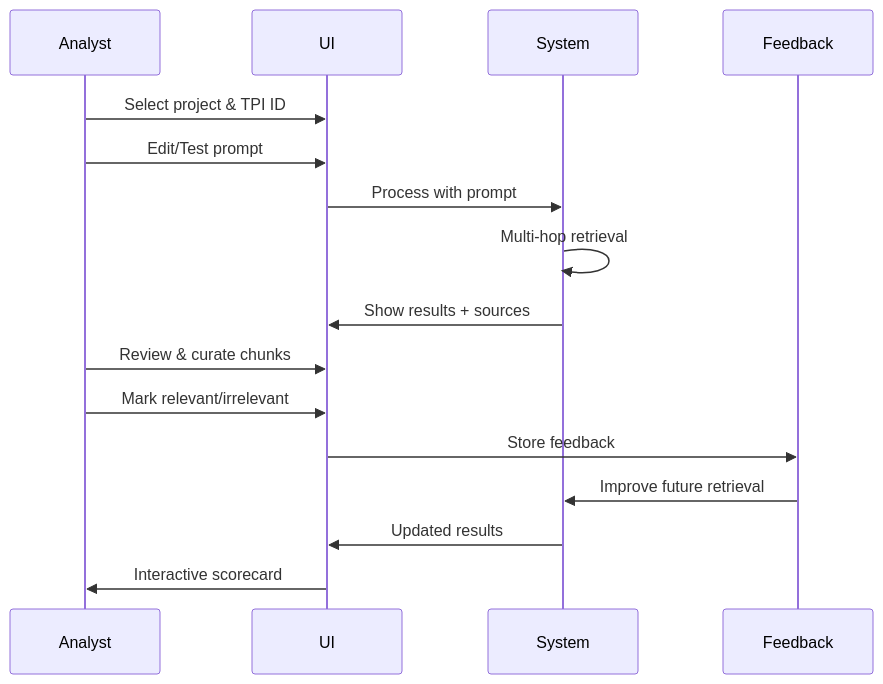
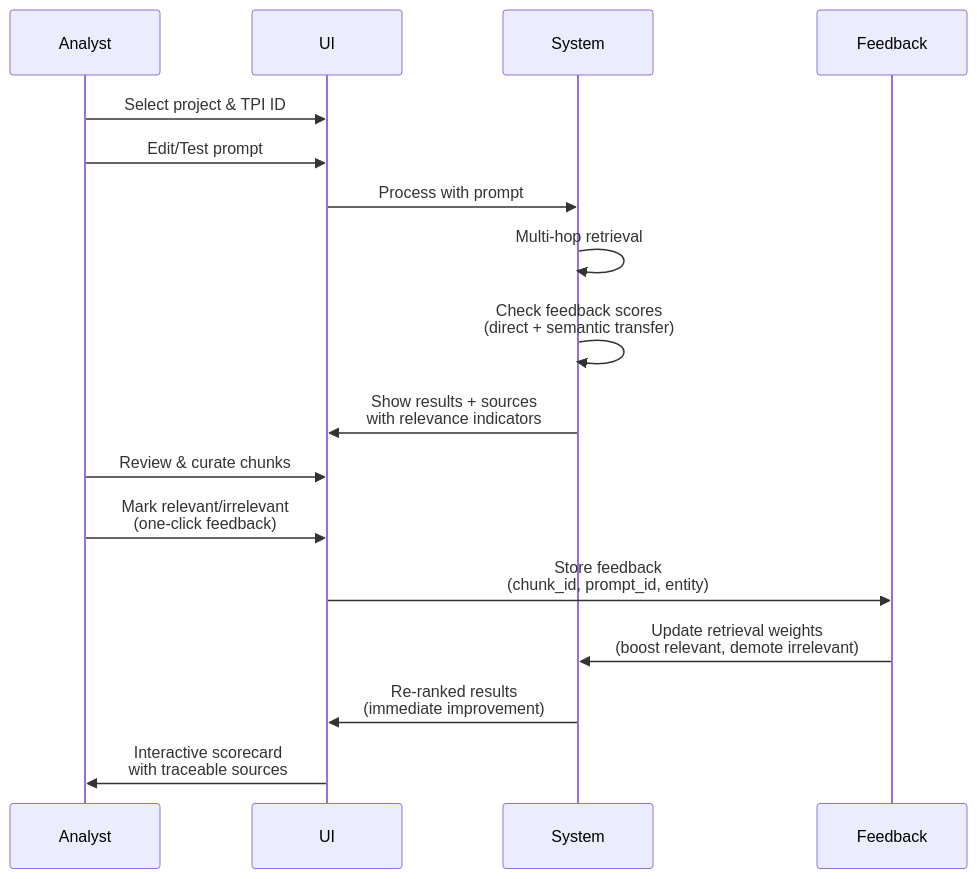
The fifth of 11 diagrams in rag_unfccc/docs/ARCHITECTURE_DIAGRAM.md (SylvanLutz/TPI-Rag-system-development), drawn with Mermaid before and after one commit. The commit also changed other lines of this file, not shown here.

First line of the commit message:
Update architecture diagrams: LobbyMap-style formatting and embedding strategy

````diff
--- a/rag_unfccc/docs/ARCHITECTURE_DIAGRAM.md
+++ b/rag_unfccc/docs/ARCHITECTURE_DIAGRAM.md
@@ -215,19 +232,20 @@
 ```mermaid
 sequenceDiagram
     participant Analyst
     participant UI
     participant System
     participant Feedback
     
     Analyst->>UI: Select project & TPI ID
     Analyst->>UI: Edit/Test prompt
     UI->>System: Process with prompt
     System->>System: Multi-hop retrieval
-    System->>UI: Show results + sources
+    System->>System: Check feedback scores<br/>(direct + semantic transfer)
+    System->>UI: Show results + sources<br/>with relevance indicators
     Analyst->>UI: Review & curate chunks
-    Analyst->>UI: Mark relevant/irrelevant
-    UI->>Feedback: Store feedback
-    Feedback->>System: Improve future retrieval
-    System->>UI: Updated results
-    UI->>Analyst: Interactive scorecard
+    Analyst->>UI: Mark relevant/irrelevant<br/>(one-click feedback)
+    UI->>Feedback: Store feedback<br/>(chunk_id, prompt_id, entity)
+    Feedback->>System: Update retrieval weights<br/>(boost relevant, demote irrelevant)
+    System->>UI: Re-ranked results<br/>(immediate improvement)
+    UI->>Analyst: Interactive scorecard<br/>with traceable sources
 ```
````
